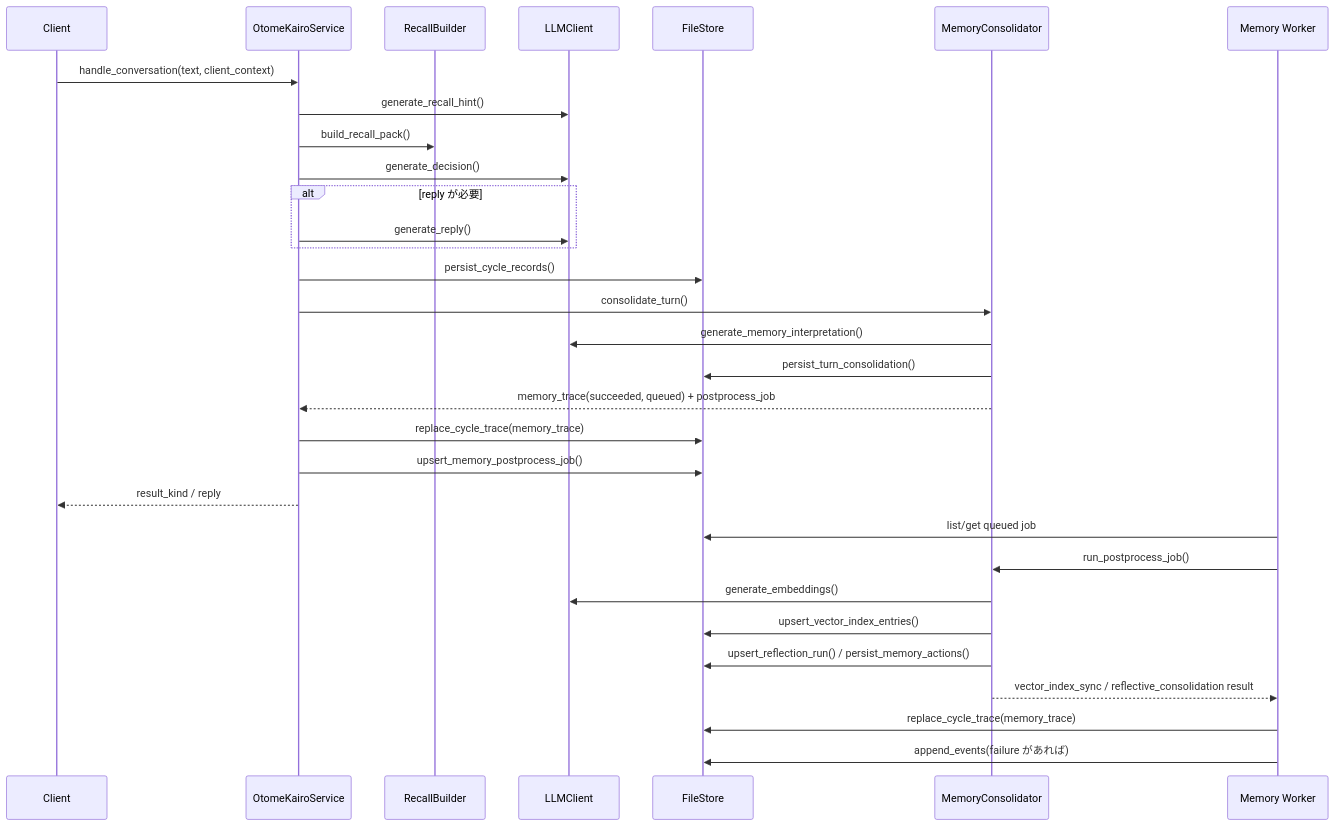
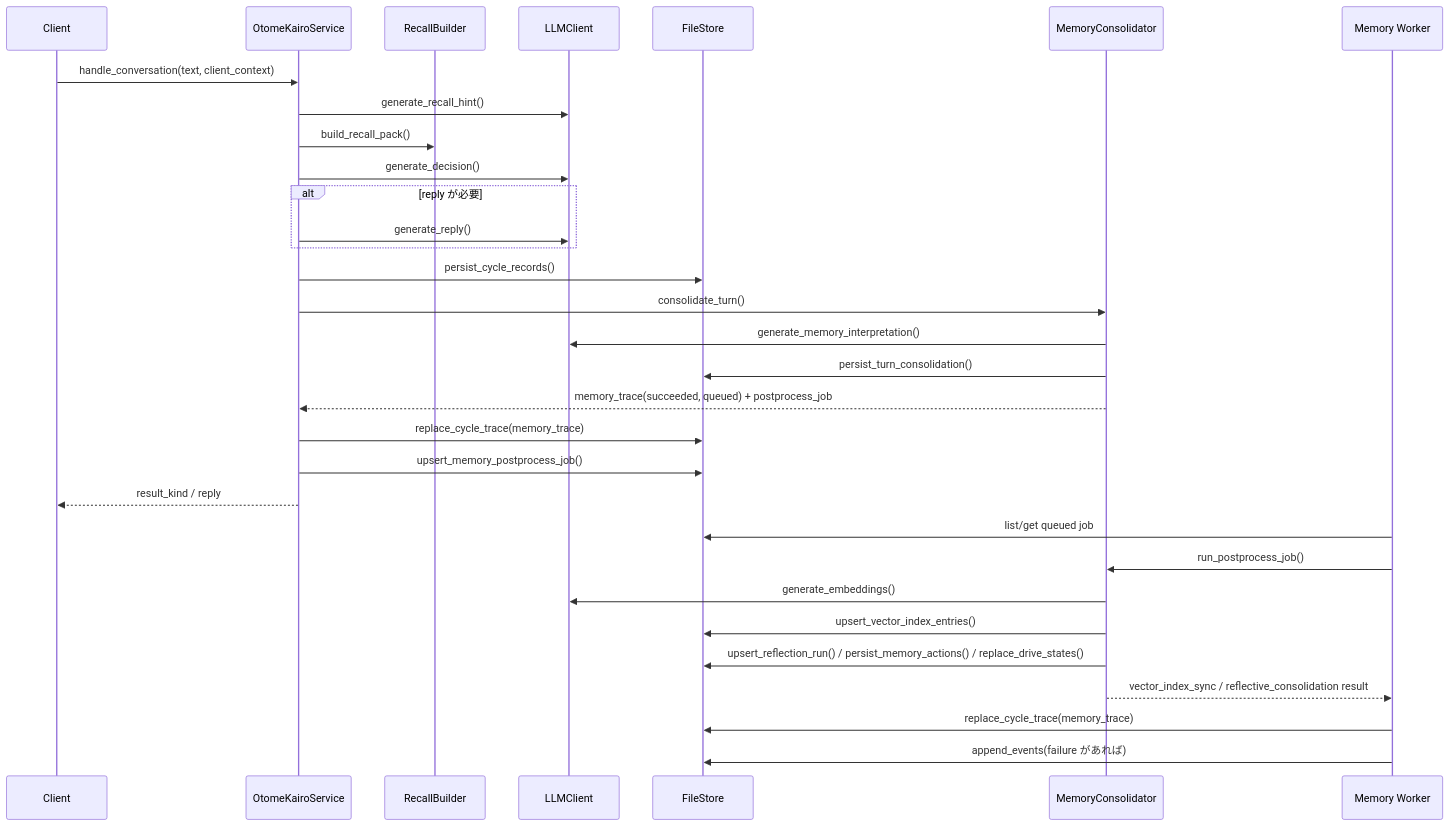
The fourth of 4 diagrams in docs/plan/02_現行処理フロー.md (hirona98/OtomeKairo), drawn with Mermaid before and after one commit. The commit also changed other lines of this file and 15 other files, not shown here.

````diff
--- a/docs/plan/02_現行処理フロー.md
+++ b/docs/plan/02_現行処理フロー.md
@@ -221,35 +224,35 @@
 ```mermaid
 sequenceDiagram
     participant Client as Client
     participant Service as OtomeKairoService
     participant Recall as RecallBuilder
     participant LLM as LLMClient
     participant Store as FileStore
     participant Memory as MemoryConsolidator
     participant Worker as Memory Worker
 
     Client->>Service: handle_conversation(text, client_context)
     Service->>LLM: generate_recall_hint()
     Service->>Recall: build_recall_pack()
     Service->>LLM: generate_decision()
     alt reply が必要
         Service->>LLM: generate_reply()
     end
     Service->>Store: persist_cycle_records()
     Service->>Memory: consolidate_turn()
     Memory->>LLM: generate_memory_interpretation()
     Memory->>Store: persist_turn_consolidation()
     Memory-->>Service: memory_trace(succeeded, queued) + postprocess_job
     Service->>Store: replace_cycle_trace(memory_trace)
     Service->>Store: upsert_memory_postprocess_job()
     Service-->>Client: result_kind / reply
 
     Worker->>Store: list/get queued job
     Worker->>Memory: run_postprocess_job()
     Memory->>LLM: generate_embeddings()
     Memory->>Store: upsert_vector_index_entries()
-    Memory->>Store: upsert_reflection_run() / persist_memory_actions()
+    Memory->>Store: upsert_reflection_run() / persist_memory_actions() / replace_drive_states()
     Memory-->>Worker: vector_index_sync / reflective_consolidation result
     Worker->>Store: replace_cycle_trace(memory_trace)
     Worker->>Store: append_events(failure があれば)
 ```
````
